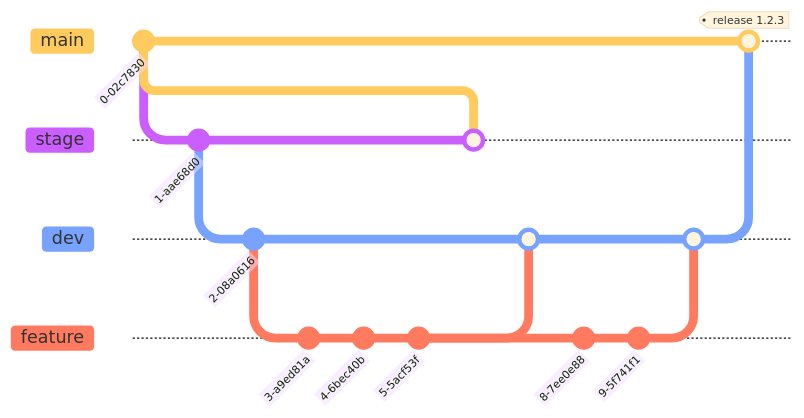
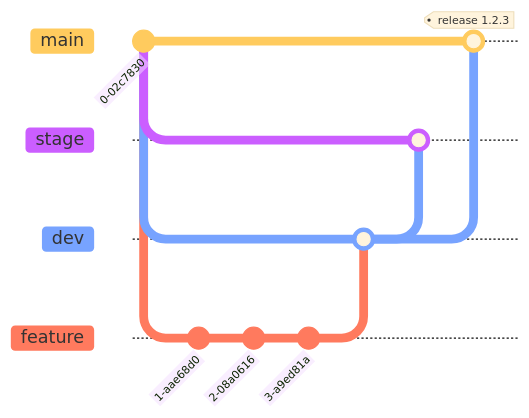
The diagram in README.md (V-Gillet/Apollo-Kotlin-QraphQL-Jetpack), drawn with Mermaid before and after one commit. Commit ids are hidden.

Commit message:
mermaid v4

````diff
--- a/README.md
+++ b/README.md
@@ -5,25 +5,20 @@
 ```mermaid
 %%{init: { 'logLevel': 'debug', 'theme': 'base', 'gitGraph': {'showBranches': true, 'showCommitLabel':true}} }%%
       gitGraph
       commit
       branch stage order: 1
+      branch dev order: 2
+      checkout dev
+      branch feature order: 3
+      checkout feature
       commit
-      branch dev order: 2
-      commit
-      branch feature order: 3
-      commit
-      commit
-      commit
-      checkout stage
-      merge main
-      checkout dev
-      merge feature
-      checkout feature
       commit
       commit
       checkout dev
       merge feature
+      checkout stage
+      merge dev
       checkout main
       merge dev tag:"release 1.2.3"
 
 ```
````
